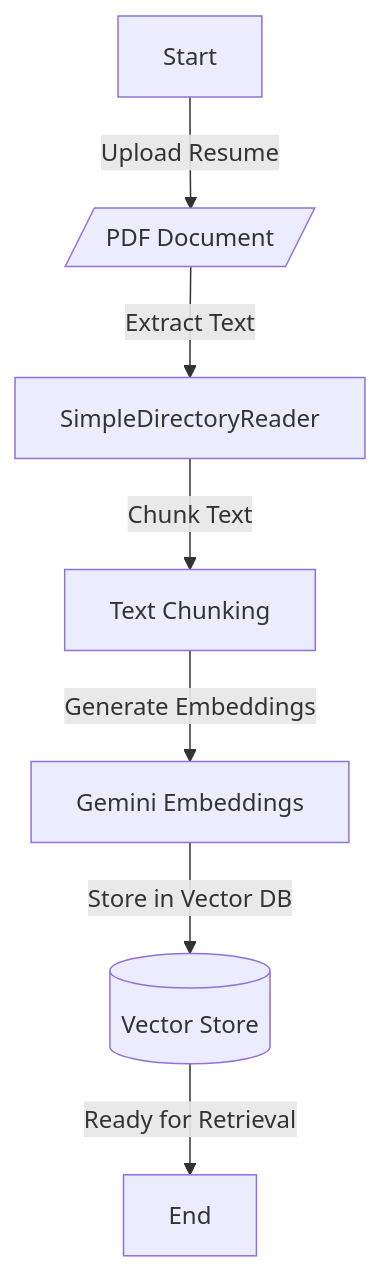
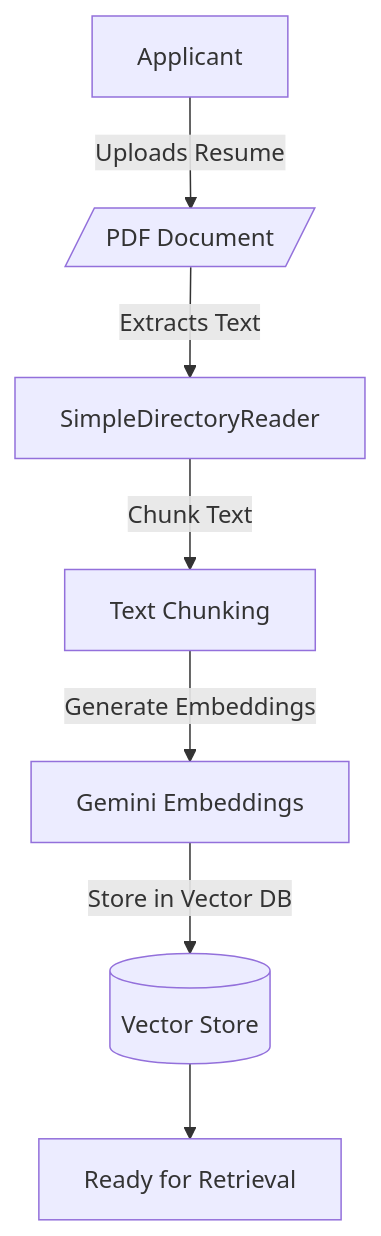
Before and after one commit to Shreyas-V06/SmartHire-Backend: the diagram in README.md, drawn with Mermaid. The commit also changed other lines of this file, not shown here.

````diff
--- a/README.md
+++ b/README.md
@@ -22,9 +16,9 @@
 ```mermaid
 graph TD
-    A[Start] -->|Upload Resume| B[/PDF Document/]
-    B -->|Extract Text| C[SimpleDirectoryReader]
+    A[Applicant] -->|Uploads Resume| B[/PDF Document/]
+    B -->|Extracts Text| C[SimpleDirectoryReader]
     C -->|Chunk Text| D[Text Chunking]
     D -->|Generate Embeddings| E[Gemini Embeddings]
     E -->|Store in Vector DB| F[(Vector Store)]
-    F -->|Ready for Retrieval| G[End]
+    F -->G[Ready for Retrieval]
 ```
````
